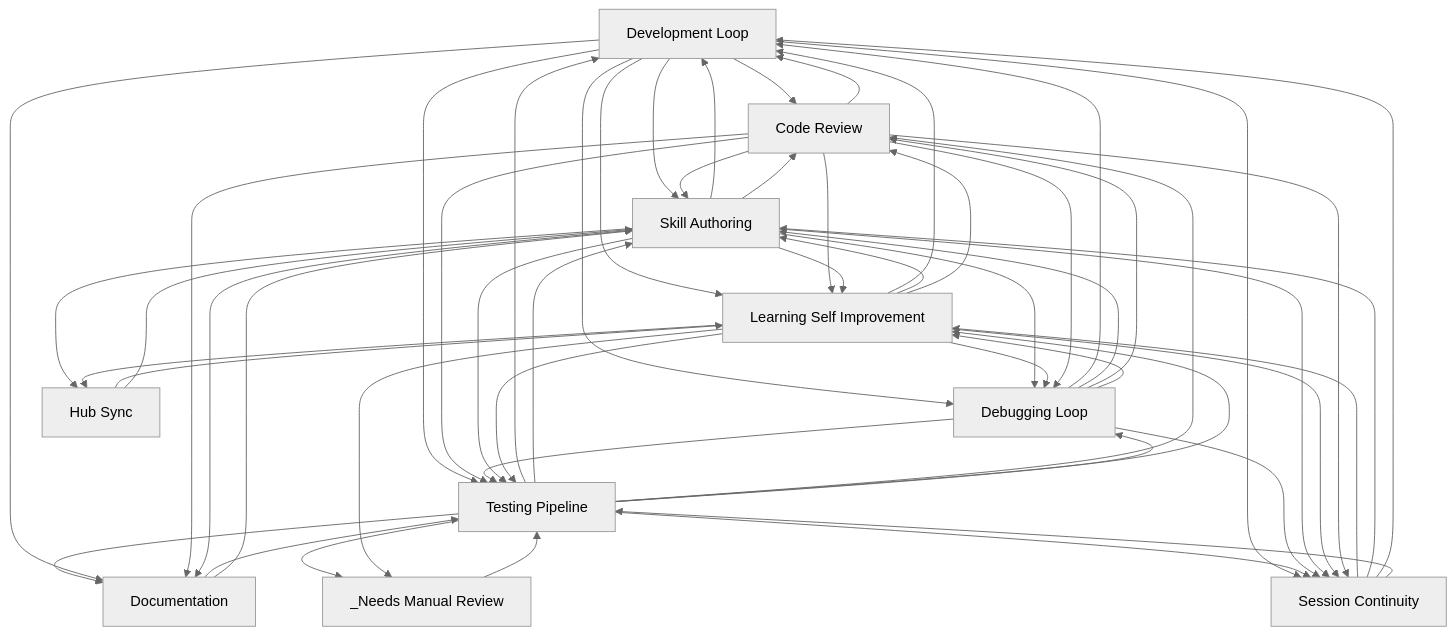
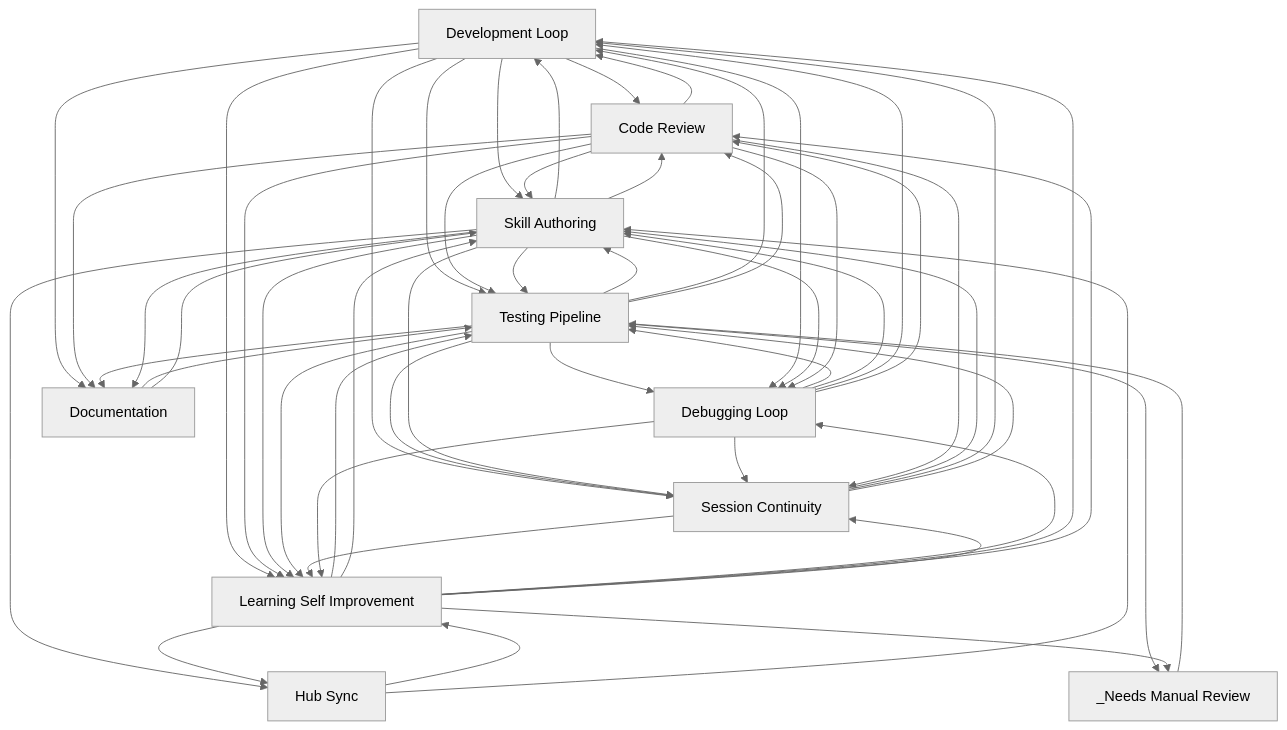
The diagram in docs/workflows/INDEX.md (abhayla/claude-best-practices), drawn with Mermaid (neutral theme) before and after one commit. The commit also changed other lines of this file and 12 other files, not shown here.

````diff
--- a/docs/workflows/INDEX.md
+++ b/docs/workflows/INDEX.md
@@ -22,66 +22,66 @@
 ```mermaid
 graph TD
     development_loop[Development Loop]
     testing_pipeline[Testing Pipeline]
     debugging_loop[Debugging Loop]
     learning_self_improvement[Learning Self Improvement]
     session_continuity[Session Continuity]
     skill_authoring[Skill Authoring]
     code_review[Code Review]
     documentation[Documentation]
     hub_sync[Hub Sync]
     _needs_manual_review[_Needs Manual Review]
     documentation --> testing_pipeline
     documentation --> skill_authoring
     development_loop --> code_review
     development_loop --> skill_authoring
     code_review --> development_loop
     code_review --> skill_authoring
+    development_loop --> testing_pipeline
     development_loop --> learning_self_improvement
-    development_loop --> testing_pipeline
+    code_review --> testing_pipeline
     code_review --> learning_self_improvement
-    code_review --> testing_pipeline
+    testing_pipeline --> skill_authoring
+    testing_pipeline --> debugging_loop
     testing_pipeline --> development_loop
-    testing_pipeline --> skill_authoring
     testing_pipeline --> code_review
-    testing_pipeline --> debugging_loop
+    debugging_loop --> testing_pipeline
+    debugging_loop --> skill_authoring
     debugging_loop --> development_loop
-    debugging_loop --> skill_authoring
     debugging_loop --> code_review
-    debugging_loop --> testing_pipeline
     development_loop --> debugging_loop
     skill_authoring --> development_loop
     skill_authoring --> code_review
+    skill_authoring --> testing_pipeline
     skill_authoring --> learning_self_improvement
-    skill_authoring --> testing_pipeline
-    testing_pipeline --> documentation
     development_loop --> documentation
     code_review --> documentation
+    testing_pipeline --> documentation
     development_loop --> session_continuity
     testing_pipeline --> _needs_manual_review
     testing_pipeline --> session_continuity
+    skill_authoring --> session_continuity
     debugging_loop --> session_continuity
-    skill_authoring --> session_continuity
     skill_authoring --> debugging_loop
+    learning_self_improvement --> testing_pipeline
+    learning_self_improvement --> skill_authoring
+    learning_self_improvement --> debugging_loop
     learning_self_improvement --> development_loop
-    learning_self_improvement --> skill_authoring
     learning_self_improvement --> code_review
-    learning_self_improvement --> debugging_loop
-    learning_self_improvement --> testing_pipeline
     code_review --> debugging_loop
+    testing_pipeline --> learning_self_improvement
     learning_self_improvement --> session_continuity
     code_review --> session_continuity
-    testing_pipeline --> learning_self_improvement
     session_continuity --> learning_self_improvement
     session_continuity --> skill_authoring
     session_continuity --> development_loop
     session_continuity --> testing_pipeline
     _needs_manual_review --> testing_pipeline
     skill_authoring --> hub_sync
     debugging_loop --> learning_self_improvement
     learning_self_improvement --> hub_sync
     learning_self_improvement --> _needs_manual_review
     hub_sync --> learning_self_improvement
     hub_sync --> skill_authoring
     skill_authoring --> documentation
 ```
````
